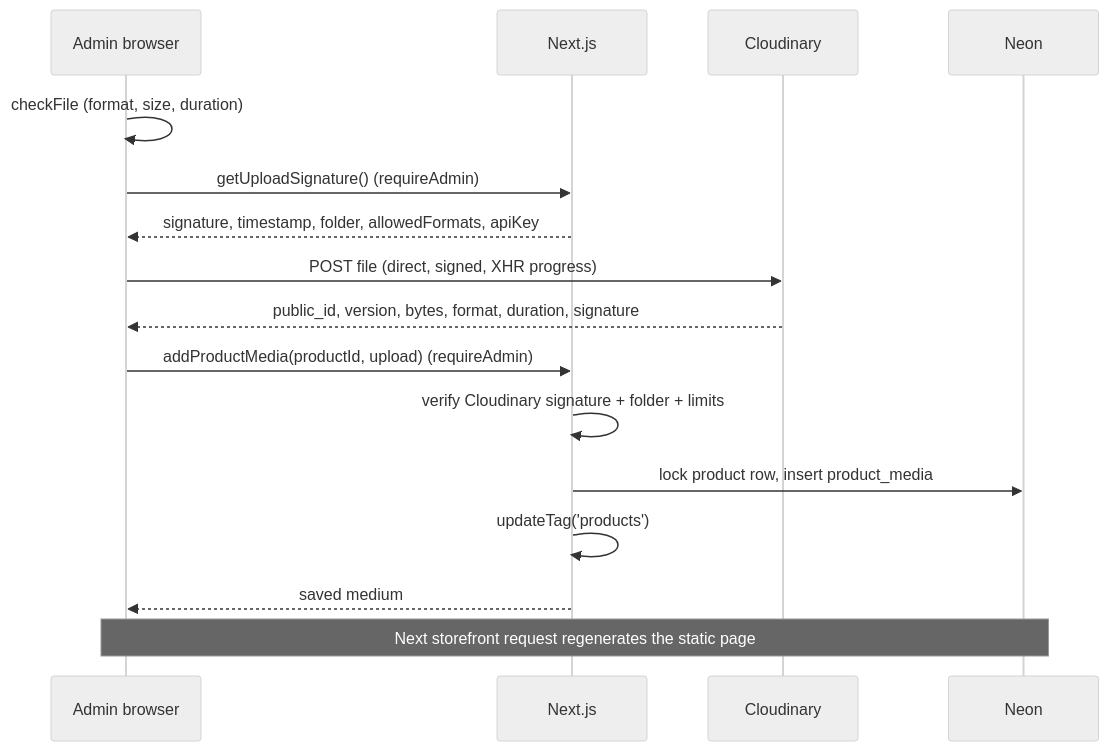
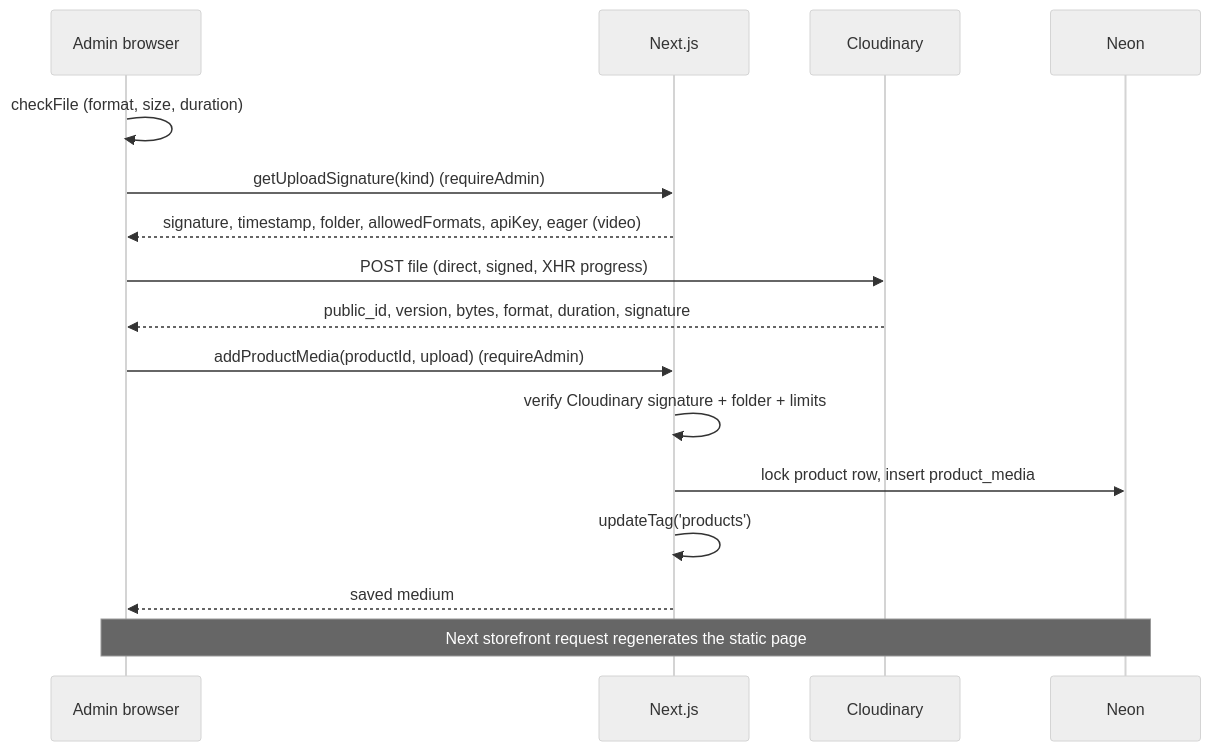
One commit to yerikhowilliamt/kagumi changed the third of 3 diagrams in docs/system-design.md. Above: the diagram before and after it, drawn with Mermaid (neutral theme). The commit also changed other lines of this file and 7 other files, not shown here.

First line of the commit message:
feat(M3.6): derive a video's MP4 and poster at upload

````diff
--- a/docs/system-design.md
+++ b/docs/system-design.md
@@ -288,18 +288,18 @@
 ```mermaid
 sequenceDiagram
   participant A as Admin browser
   participant N as Next.js
   participant CL as Cloudinary
   participant D as Neon
   A->>A: checkFile (format, size, duration)
-  A->>N: getUploadSignature()  (requireAdmin)
-  N-->>A: signature, timestamp, folder, allowedFormats, apiKey
+  A->>N: getUploadSignature(kind)  (requireAdmin)
+  N-->>A: signature, timestamp, folder, allowedFormats, apiKey, eager (video)
   A->>CL: POST file (direct, signed, XHR progress)
   CL-->>A: public_id, version, bytes, format, duration, signature
   A->>N: addProductMedia(productId, upload)  (requireAdmin)
   N->>N: verify Cloudinary signature + folder + limits
   N->>D: lock product row, insert product_media
   N->>N: updateTag('products')
   N-->>A: saved medium
   Note over A,D: Next storefront request regenerates the static page
 ```
````
